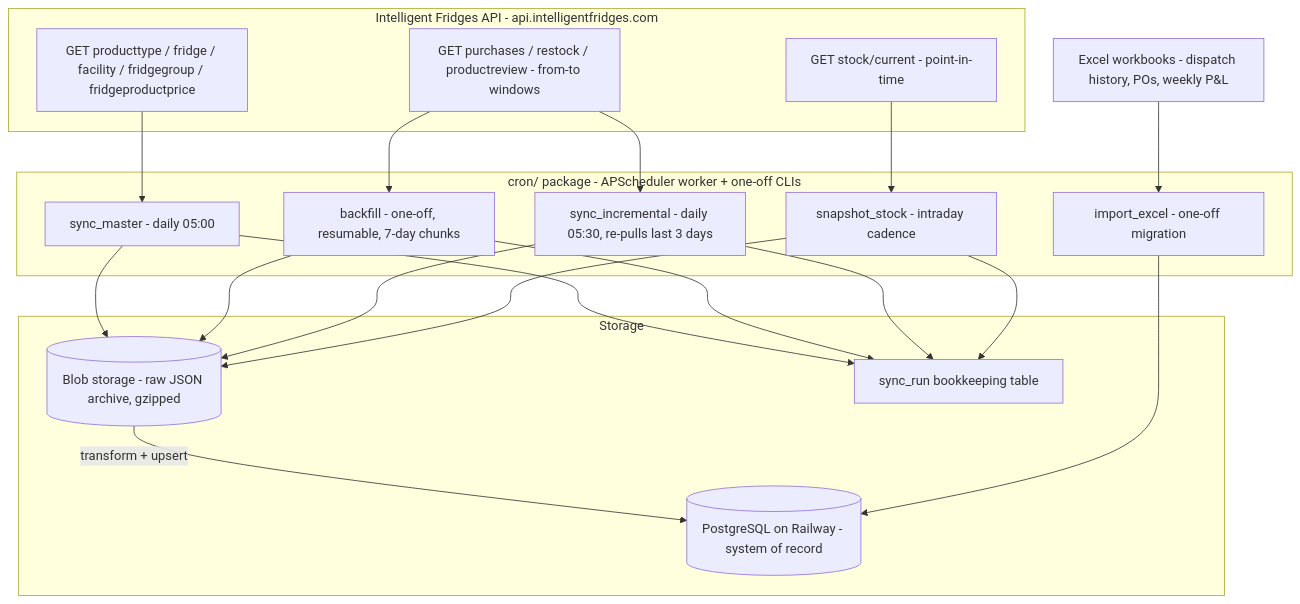
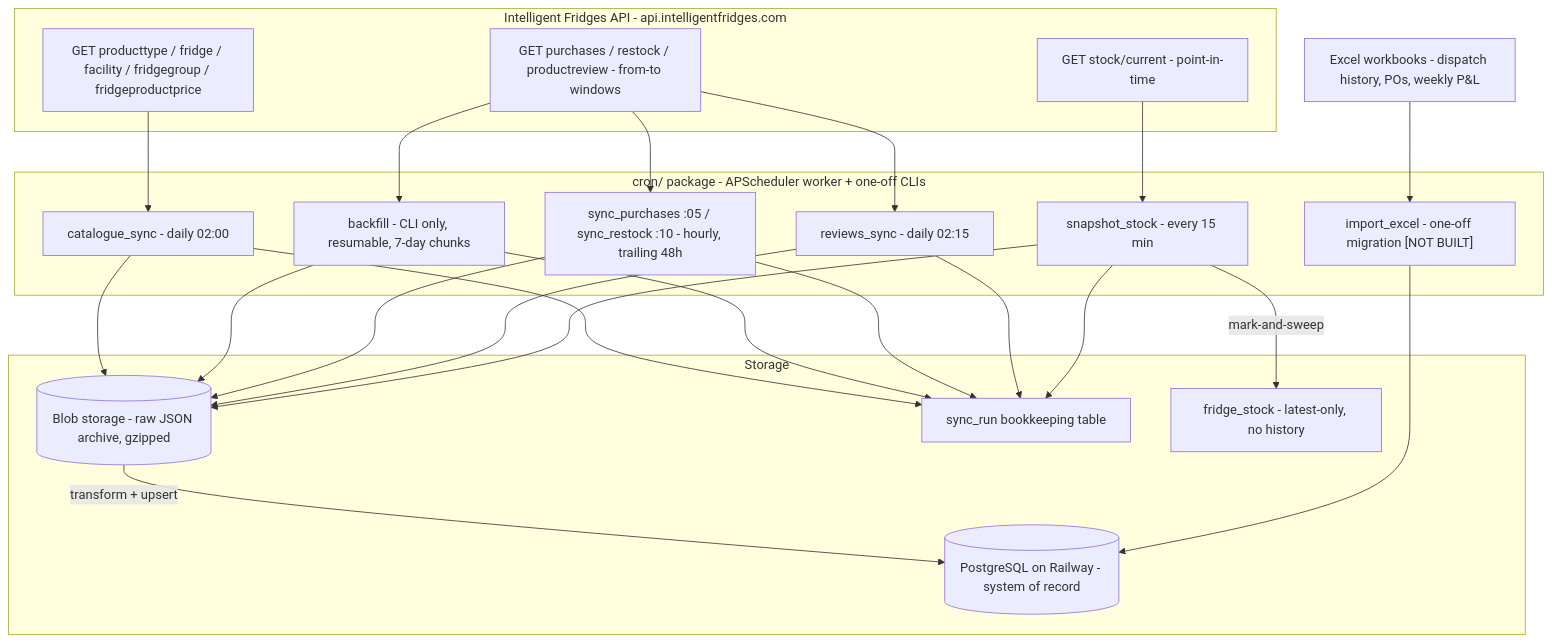
The diagram in architecture/data-sync/README.md (1504168/frigoloco-web), drawn with Mermaid before and after one commit. The commit also changed other lines of this file and 27 other files, not shown here.

First line of the commit message:
DB layer: fridge_stock latest-only + extra Husky product fields

````diff
--- a/architecture/data-sync/README.md
+++ b/architecture/data-sync/README.md
@@ -10,35 +10,41 @@
 ```mermaid
 flowchart TD
     subgraph API["Intelligent Fridges API - api.intelligentfridges.com"]
         EPM["GET producttype / fridge / facility / fridgegroup / fridgeproductprice"]
         EPE["GET purchases / restock / productreview - from-to windows"]
         EPS["GET stock/current - point-in-time"]
     end
     subgraph JOBS["cron/ package - APScheduler worker + one-off CLIs"]
-        MS["sync_master - daily 05:00"]
-        BF["backfill - one-off, resumable, 7-day chunks"]
-        DS["sync_incremental - daily 05:30, re-pulls last 3 days"]
-        SS["snapshot_stock - intraday cadence"]
-        IMP["import_excel - one-off migration"]
+        MS["catalogue_sync - daily 02:00"]
+        BF["backfill - CLI only, resumable, 7-day chunks"]
+        DS["sync_purchases :05 / sync_restock :10 - hourly, trailing 48h"]
+        RV["reviews_sync - daily 02:15"]
+        SS["snapshot_stock - every 15 min"]
+        IMP["import_excel - one-off migration [NOT BUILT]"]
     end
     subgraph STORE["Storage"]
         BLOB[("Blob storage - raw JSON archive, gzipped")]
         PG[("PostgreSQL on Railway - system of record")]
         SR["sync_run bookkeeping table"]
+        FS["fridge_stock - latest-only, no history"]
     end
     XL["Excel workbooks - dispatch history, POs, weekly P&amp;L"] --> IMP
     EPM --> MS
     EPE --> BF
     EPE --> DS
+    EPE --> RV
     EPS --> SS
     MS --> BLOB
     BF --> BLOB
     DS --> BLOB
+    RV --> BLOB
     SS --> BLOB
     BLOB -->|"transform + upsert"| PG
     IMP --> PG
     MS --> SR
     BF --> SR
     DS --> SR
+    RV --> SR
     SS --> SR
+    SS -->|"mark-and-sweep"| FS
 ```
````
